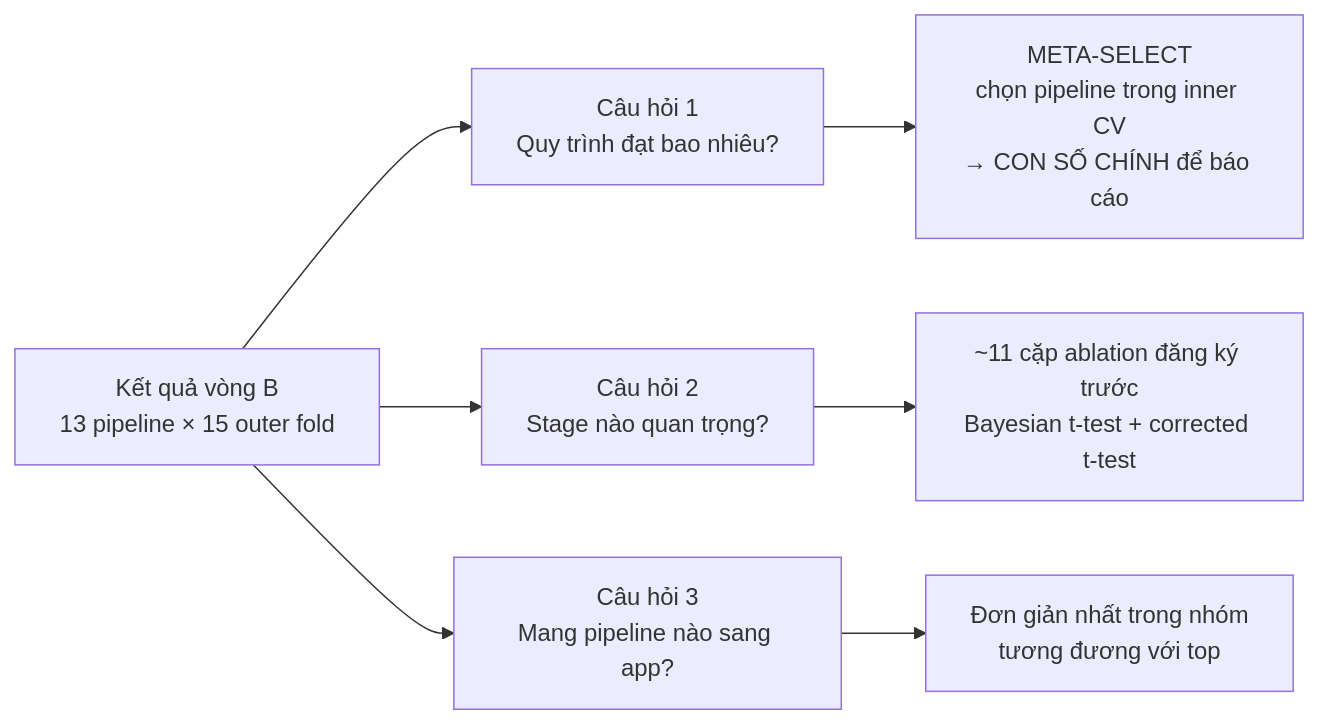
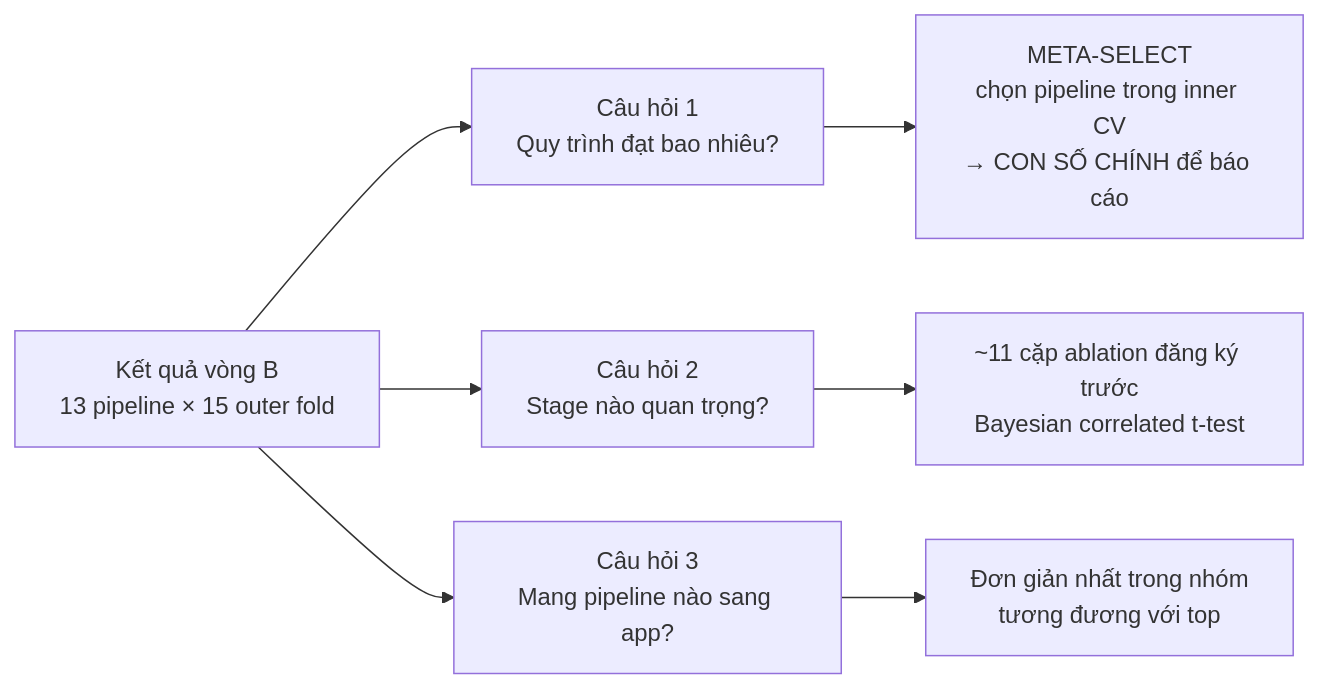
The eighth of 12 diagrams in docs/protocol_3.0_proposal.md (nhdung98/ProjectA), drawn with Mermaid before and after one commit. The commit also changed other lines of this file and 2 other files, not shown here.

Commit message:
docs: update protocol 3.0 proposal and add mock results and nested CV diagram

````diff
--- a/docs/protocol_3.0_proposal.md
+++ b/docs/protocol_3.0_proposal.md
@@ -356,9 +353,9 @@
 ```mermaid
 flowchart LR
   R["Kết quả vòng B<br/>13 pipeline × 15 outer fold"] --> Q1["Câu hỏi 1<br/>Quy trình đạt bao nhiêu?"]
   R --> Q2["Câu hỏi 2<br/>Stage nào quan trọng?"]
   R --> Q3["Câu hỏi 3<br/>Mang pipeline nào sang app?"]
   Q1 --> A1["META-SELECT<br/>chọn pipeline trong inner CV<br/>→ CON SỐ CHÍNH để báo cáo"]
-  Q2 --> A2["~11 cặp ablation đăng ký trước<br/>Bayesian t-test + corrected t-test"]
+  Q2 --> A2["~11 cặp ablation đăng ký trước<br/>Bayesian correlated t-test"]
   Q3 --> A3["Đơn giản nhất trong nhóm<br/>tương đương với top"]
 ```
````
